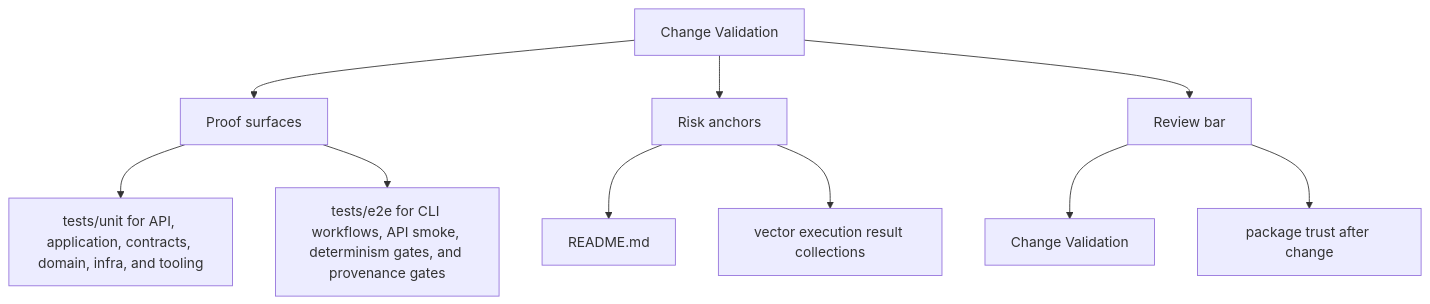
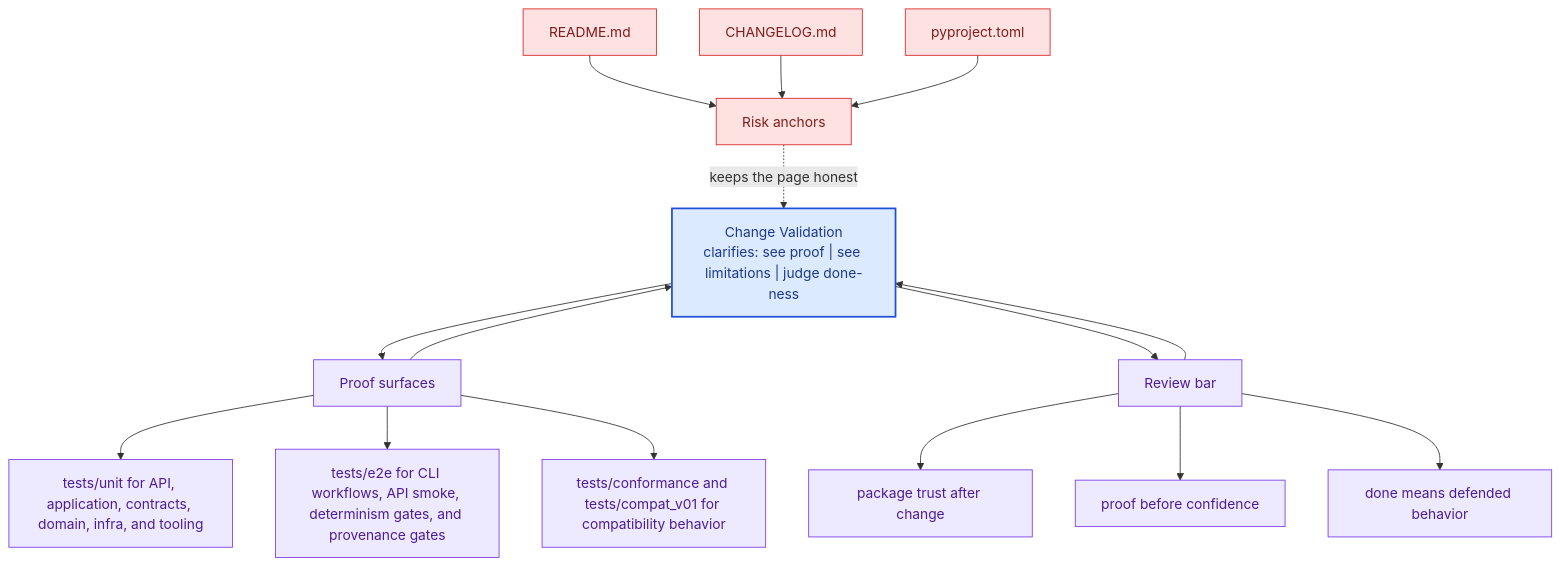
One commit to bijux/bijux-canon changed the second of 2 diagrams in docs/bijux-canon-index/quality/change-validation.md. Above: the diagram before and after it, drawn with Mermaid. The commit also changed other lines of this file and 281 other files, not shown here.

Commit message:
docs(diagrams): deepen handbook mermaid maps across the catalog

````diff
--- a/docs/bijux-canon-index/quality/change-validation.md
+++ b/docs/bijux-canon-index/quality/change-validation.md
@@ -33,22 +66,41 @@
 ```mermaid
-flowchart TD
-    page["Change Validation"]
+flowchart TB
+    promise["Change Validation<br/>clarifies: see proof | see limitations | judge done-ness"]
+    classDef promise fill:#dbeafe,stroke:#1d4ed8,color:#1e3a8a,stroke-width:2px;
+    classDef driver fill:#dcfce7,stroke:#16a34a,color:#14532d;
+    classDef constraint fill:#fee2e2,stroke:#dc2626,color:#7f1d1d;
+    classDef ground fill:#ede9fe,stroke:#7c3aed,color:#4c1d95;
     focus1["Proof surfaces"]
-    page --> focus1
+    focus1 --> promise
+    promise --> focus1
     focus1_1["tests/unit for API, application, contracts, domain, infra, and tooling"]
     focus1 --> focus1_1
     focus1_2["tests/e2e for CLI workflows, API smoke, determinism gates, and provenance gates"]
     focus1 --> focus1_2
+    focus1_3["tests/conformance and tests/compat_v01 for compatibility behavior"]
+    focus1 --> focus1_3
+    class focus1 ground;
+    class focus1_1,focus1_2,focus1_3 ground;
     focus2["Risk anchors"]
-    page --> focus2
+    focus2 -.keeps the page honest.-> promise
     focus2_1["README.md"]
-    focus2 --> focus2_1
-    focus2_2["vector execution result collections"]
-    focus2 --> focus2_2
+    focus2_1 --> focus2
+    focus2_2["CHANGELOG.md"]
+    focus2_2 --> focus2
+    focus2_3["pyproject.toml"]
+    focus2_3 --> focus2
+    class focus2 constraint;
+    class focus2_1,focus2_2,focus2_3 constraint;
     focus3["Review bar"]
-    page --> focus3
-    focus3_1["Change Validation"]
+    focus3 --> promise
+    promise --> focus3
+    focus3_1["package trust after change"]
     focus3 --> focus3_1
-    focus3_2["package trust after change"]
+    focus3_2["proof before confidence"]
     focus3 --> focus3_2
+    focus3_3["done means defended behavior"]
+    focus3 --> focus3_3
+    class focus3 ground;
+    class focus3_1,focus3_2,focus3_3 ground;
+    class promise promise;
 ```
````
